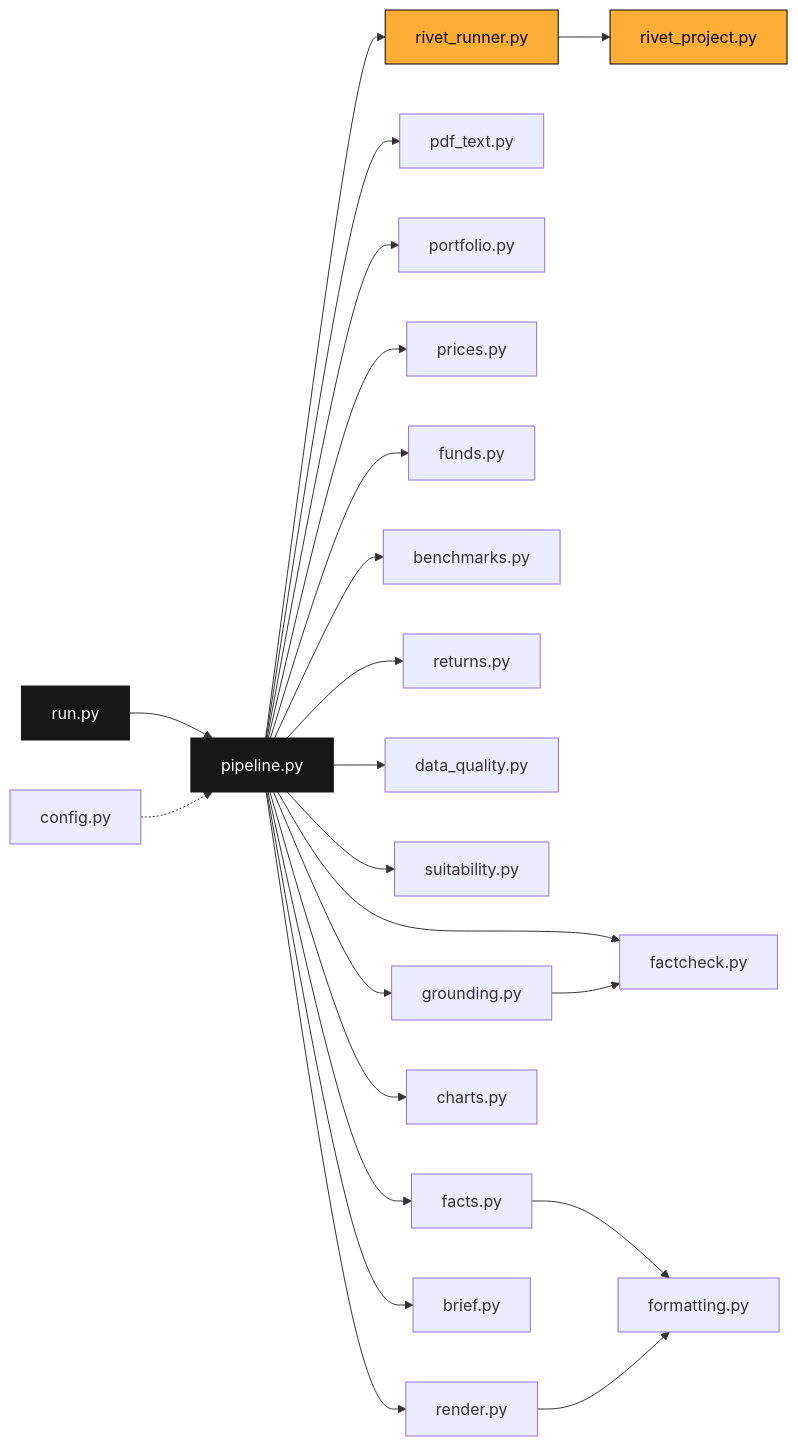
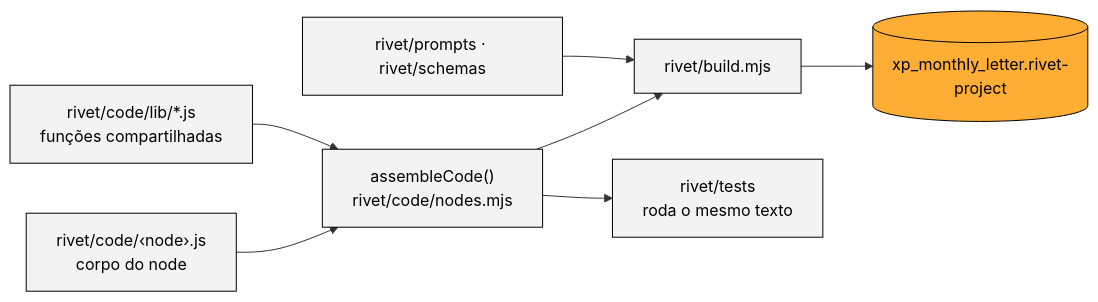
The third of 4 diagrams in docs/04_arquitetura_e_codigo.md (eu-adrianocarvalho/enter-challenge), drawn with Mermaid before and after one commit. The commit also changed other lines of this file and 35 other files, not shown here.

````diff
--- a/docs/04_arquitetura_e_codigo.md
+++ b/docs/04_arquitetura_e_codigo.md
@@ -153,29 +92,12 @@
 ```mermaid
 flowchart LR
-  run["run.py"] --> pipe["pipeline.py"]
-  cfg["config.py"] -.-> pipe
-  pipe --> rr["rivet_runner.py"] --> rp["rivet_project.py"]
-  pipe --> pt["pdf_text.py"]
-  pipe --> pf["portfolio.py"]
-  pipe --> pr["prices.py"]
-  pipe --> fu["funds.py"]
-  pipe --> bm["benchmarks.py"]
-  pipe --> rt["returns.py"]
-  pipe --> dq["data_quality.py"]
-  pipe --> st["suitability.py"]
-  pipe --> gr["grounding.py"]
-  pipe --> fa["facts.py"]
-  pipe --> fc["factcheck.py"]
-  pipe --> ch["charts.py"]
-  pipe --> rd["render.py"]
-  pipe --> br["brief.py"]
-  gr --> fc
-  fa --> fm["formatting.py"]
-  rd --> fm
+  LIB["rivet/code/lib/*.js<br/>funções compartilhadas"] --> AS["assembleCode()<br/>rivet/code/nodes.mjs"]
+  BODY["rivet/code/‹node›.js<br/>corpo do node"] --> AS
+  PR["rivet/prompts · rivet/schemas"] --> B["rivet/build.mjs"]
+  AS --> B --> PJ[("xp_monthly_letter.rivet-project")]
+  AS --> T["rivet/tests<br/>roda o mesmo texto"]
   classDef rivet fill:#ffae35,stroke:#000,color:#000
-  classDef py fill:#f3f3f3,stroke:#000,color:#000
-  classDef io fill:#171717,stroke:#171717,color:#fff
-  classDef bad fill:#fde2e2,stroke:#d62828,color:#000
-  class rr,rp rivet
-  class run,pipe io
+  classDef code fill:#f3f3f3,stroke:#000,color:#000
+  class PJ rivet
+  class LIB,BODY,AS,PR,B,T code
 ```
````
